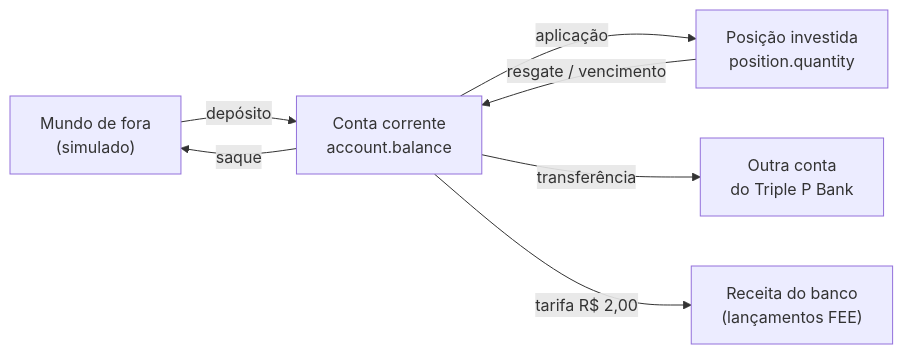
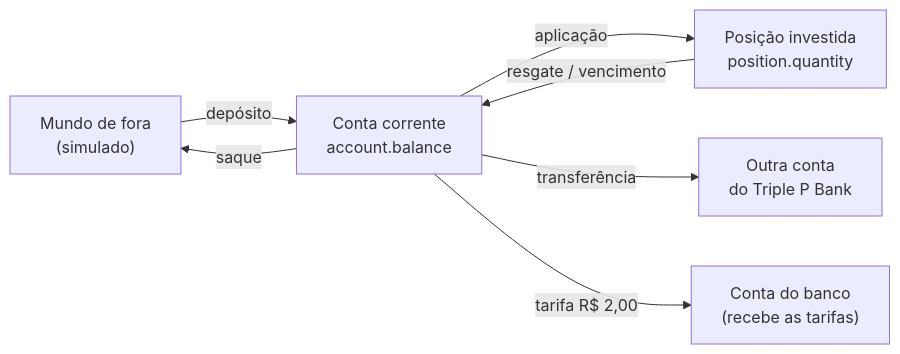
One commit to heluylucas/bootcamp-qi-tech-presidas- changed the diagram in docs/diagramas/caminho-do-dinheiro.mmd. Above: the diagram before and after it, drawn with Mermaid. The commit also changed 15 other files, not shown here.

Commit message:
:hammer: update: er-&-flow-diagrams

```diff
--- a/docs/diagramas/caminho-do-dinheiro.mmd
+++ b/docs/diagramas/caminho-do-dinheiro.mmd
@@ -1,13 +1,13 @@
 flowchart LR
     fora["Mundo de fora<br/>(simulado)"]
     cc["Conta corrente<br/>account.balance"]
     inv["Posição investida<br/>position.quantity"]
     outra["Outra conta<br/>do Triple P Bank"]
-    banco["Receita do banco<br/>(lançamentos FEE)"]
+    banco["Conta do banco<br/>(recebe as tarifas)"]
 
     fora -- depósito --> cc
     cc -- saque --> fora
     cc -- aplicação --> inv
     inv -- "resgate / vencimento" --> cc
     cc -- transferência --> outra
     cc -- "tarifa R$ 2,00" --> banco
```
